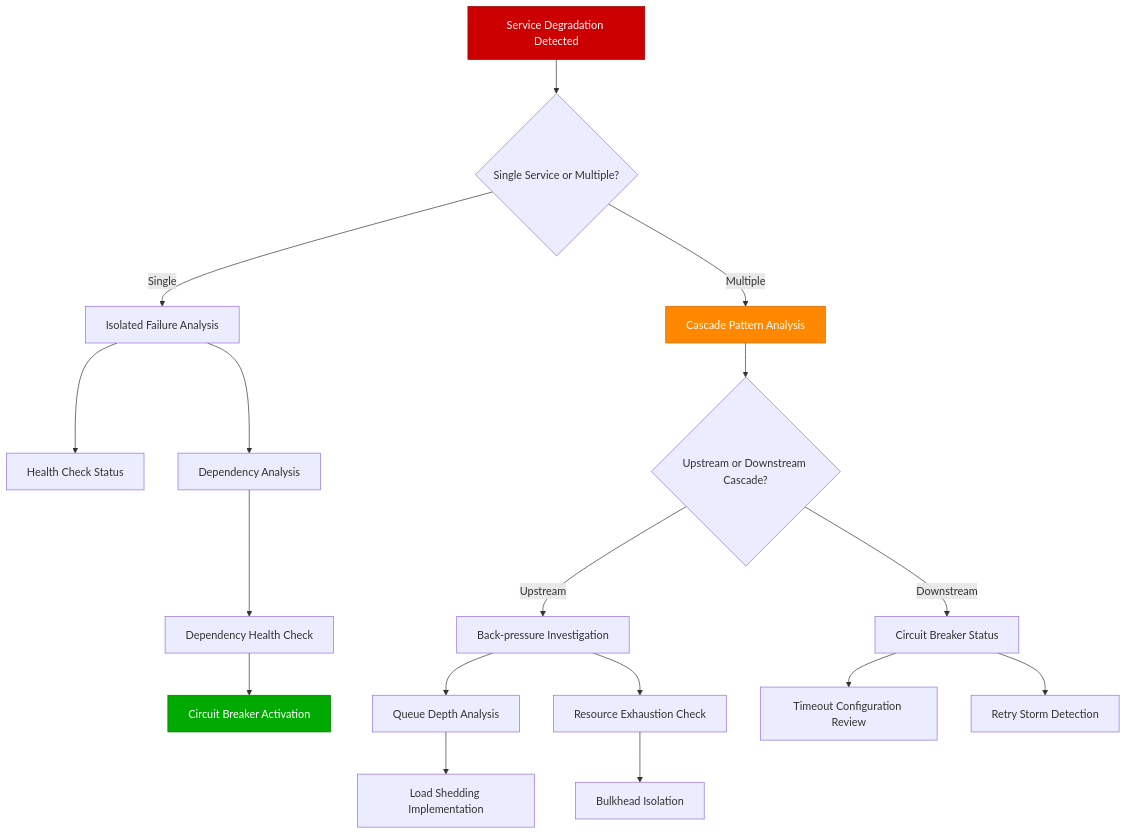
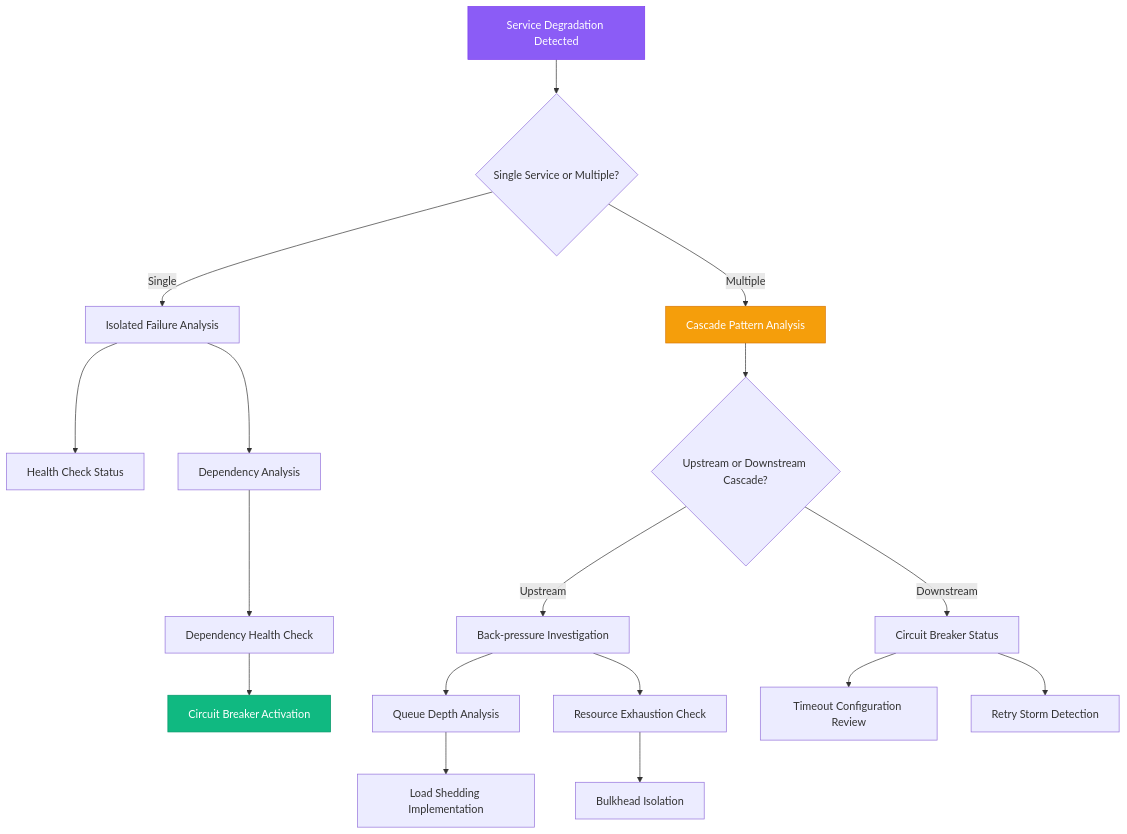
Before and after one commit to deepaucksharma/DS: the diagram in site/docs/debugging/cascading-failure-prevention.md, drawn with Mermaid. The commit also changed 303 other files, not shown here.

````diff
--- a/site/docs/debugging/cascading-failure-prevention.md
+++ b/site/docs/debugging/cascading-failure-prevention.md
@@ -11,29 +11,29 @@
 ```mermaid
 graph TD
     A[Service Degradation Detected] --> B{Single Service or Multiple?}
     B -->|Single| C[Isolated Failure Analysis]
     B -->|Multiple| D[Cascade Pattern Analysis]
 
     C --> E[Health Check Status]
     C --> F[Dependency Analysis]
 
     D --> G{Upstream or Downstream Cascade?}
     G -->|Upstream| H[Back-pressure Investigation]
     G -->|Downstream| I[Circuit Breaker Status]
 
     H --> J[Queue Depth Analysis]
     H --> K[Resource Exhaustion Check]
 
     I --> L[Timeout Configuration Review]
     I --> M[Retry Storm Detection]
 
     F --> N[Dependency Health Check]
     N --> O[Circuit Breaker Activation]
 
     J --> P[Load Shedding Implementation]
     K --> Q[Bulkhead Isolation]
 
-    style A fill:#CC0000,stroke:#990000,color:#fff
-    style D fill:#FF8800,stroke:#CC6600,color:#fff
-    style O fill:#00AA00,stroke:#007700,color:#fff
+    style A fill:#8B5CF6,stroke:#7C3AED,color:#fff
+    style D fill:#F59E0B,stroke:#D97706,color:#fff
+    style O fill:#10B981,stroke:#059669,color:#fff
 ```
````
